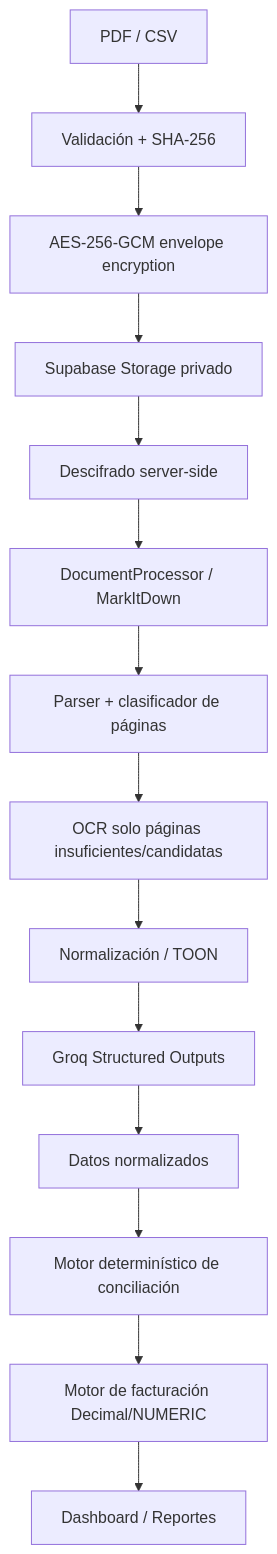
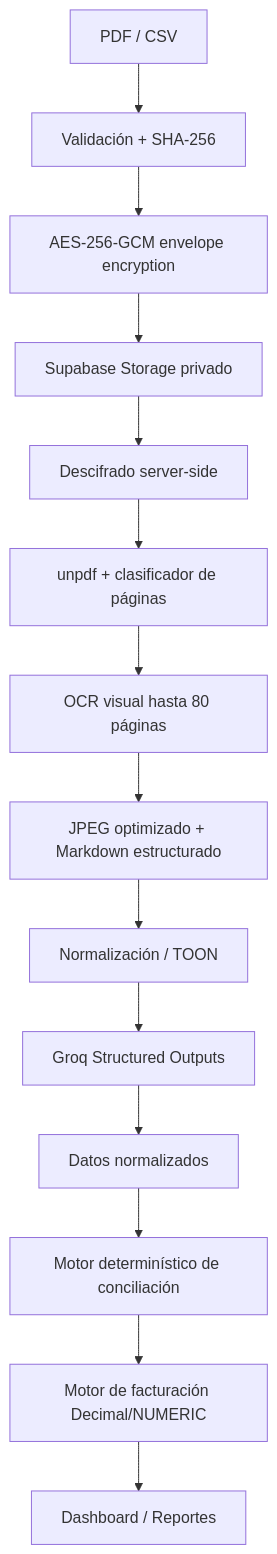
Before and after one commit to JMontes1986/albaranes-laura: the diagram in README.md, drawn with Mermaid. The commit also changed other lines of this file and 7 other files, not shown here.

````diff
--- a/README.md
+++ b/README.md
@@ -7,16 +7,16 @@
 ```mermaid
 flowchart TD
   U[PDF / CSV] --> V[Validación + SHA-256]
   V --> E[AES-256-GCM envelope encryption]
   E --> S[Supabase Storage privado]
   S --> D[Descifrado server-side]
-  D --> M[DocumentProcessor / MarkItDown]
-  M --> P[Parser + clasificador de páginas]
-  P --> O[OCR solo páginas insuficientes/candidatas]
-  O --> T[Normalización / TOON]
+  D --> P[unpdf + clasificador de páginas]
+  P --> O[OCR visual hasta 80 páginas]
+  O --> C[JPEG optimizado + Markdown estructurado]
+  C --> T[Normalización / TOON]
   T --> G[Groq Structured Outputs]
   G --> N[Datos normalizados]
   N --> R[Motor determinístico de conciliación]
   R --> B[Motor de facturación Decimal/NUMERIC]
   B --> UI[Dashboard / Reportes]
 ```
````
